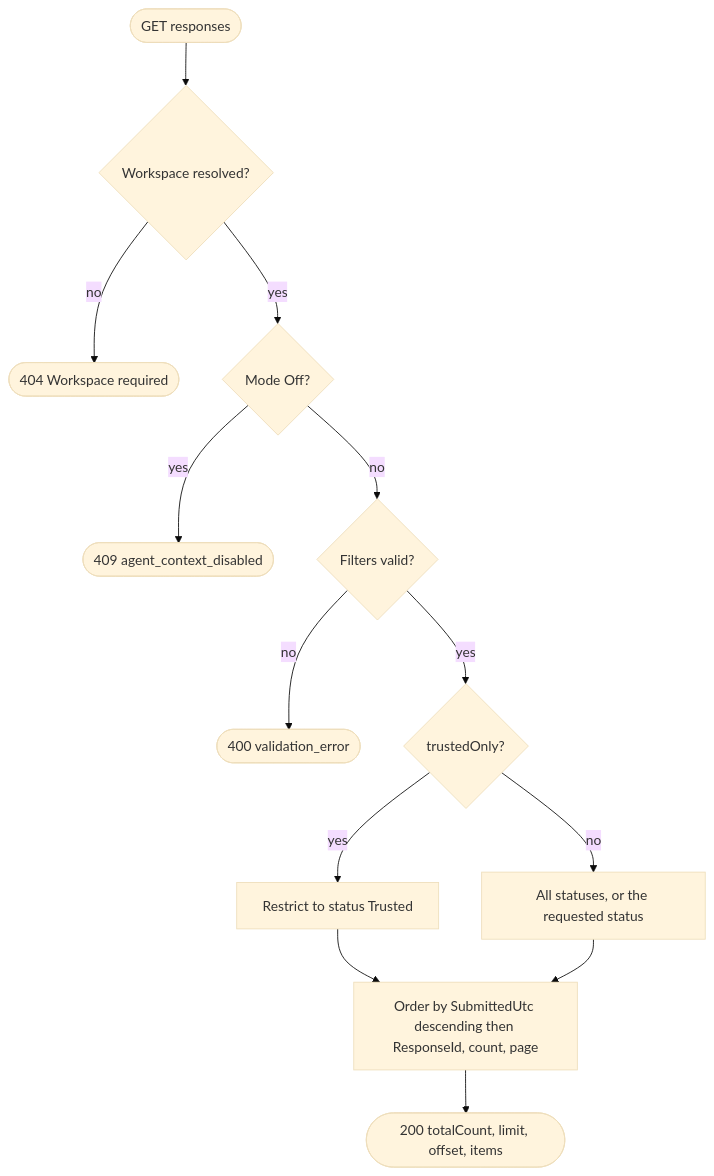
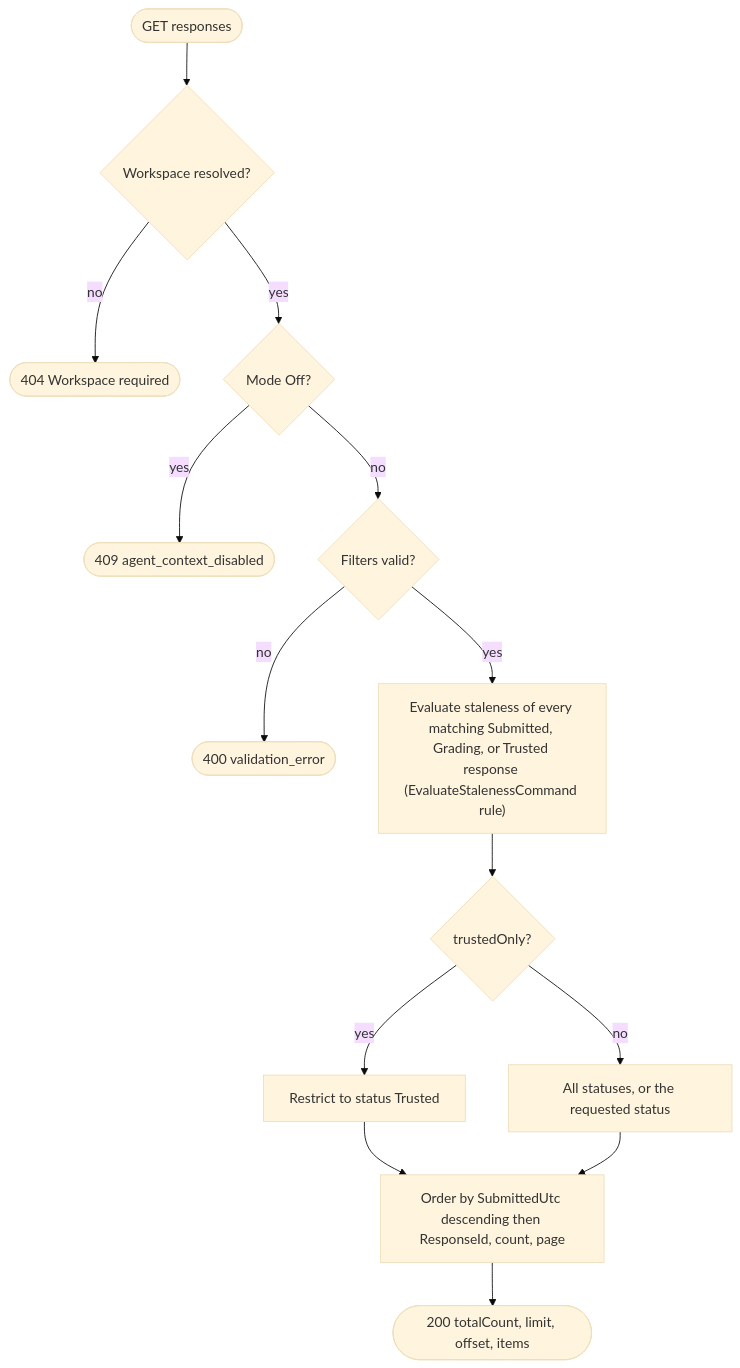
One commit to sharpninja/McpServer changed the tenth of 59 diagrams in docs/Stateless-Agent-Context-Management.md. Above: the diagram before and after it, drawn with Mermaid (base theme). The commit also changed other lines of this file and 2 other files, not shown here.

````diff
--- a/docs/Stateless-Agent-Context-Management.md
+++ b/docs/Stateless-Agent-Context-Management.md
@@ -488,15 +500,16 @@
 ```mermaid
 flowchart TD
     S(["GET responses"]) --> W{"Workspace resolved?"}
     W -->|no| E0(["404 Workspace required"])
     W -->|yes| MO{"Mode Off?"}
     MO -->|yes| E1(["409 agent_context_disabled"])
     MO -->|no| V{"Filters valid?"}
     V -->|no| E2(["400 validation_error"])
-    V -->|yes| TO{"trustedOnly?"}
+    V -->|yes| ST["Evaluate staleness of every matching Submitted, Grading, or Trusted response (EvaluateStalenessCommand rule)"]
+    ST --> TO{"trustedOnly?"}
     TO -->|yes| T["Restrict to status Trusted"]
     TO -->|no| A["All statuses, or the requested status"]
     T --> Q["Order by SubmittedUtc descending then ResponseId, count, page"]
     A --> Q
     Q --> R(["200 totalCount, limit, offset, items"])
 ```
````
